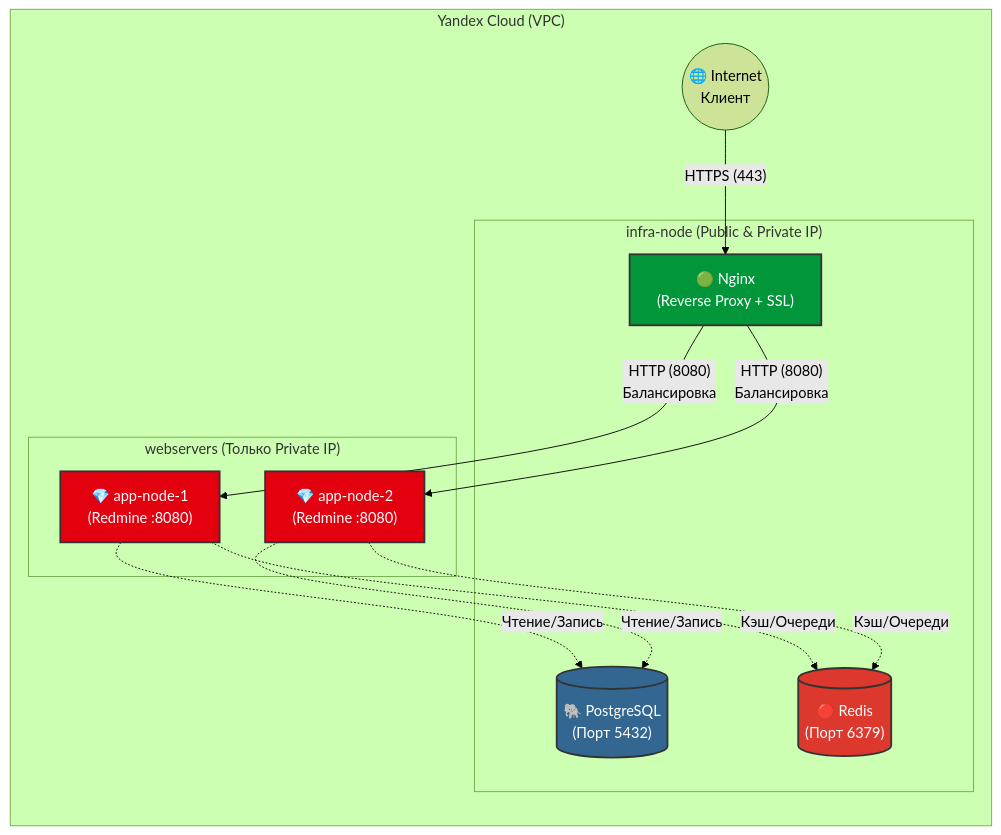
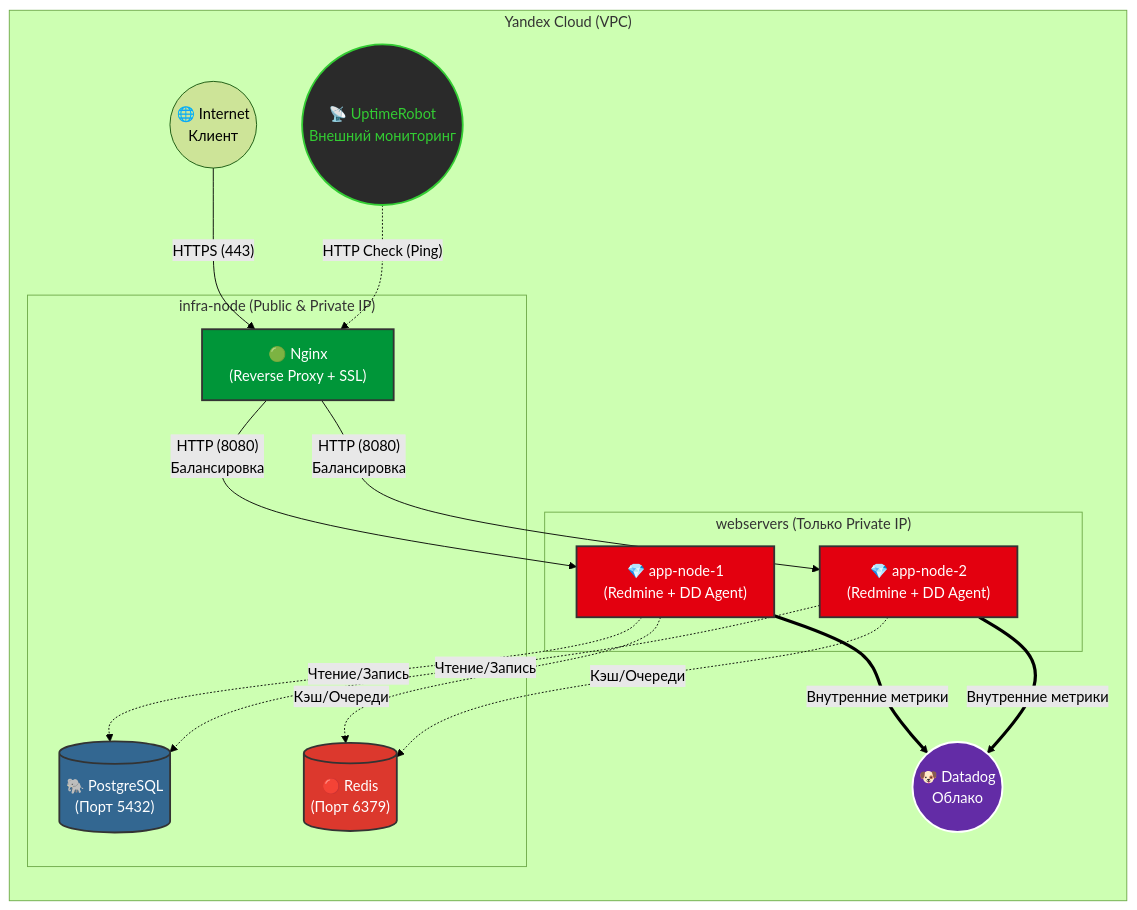
One commit to dobro10k2/devops-engineer-from-scratch-project-77 changed the diagram in README.md. Above: the diagram before and after it, drawn with Mermaid (forest theme). The commit also changed other lines of this file, not shown here.

````diff
--- a/README.md
+++ b/README.md
@@ -165,38 +164,46 @@
 ```mermaid
 graph LR
     %% Определение узлов
     Client((🌐 Internet<br>Клиент))
+    Upmon((📡 UptimeRobot<br>Внешний мониторинг))
+    DD((🐶 Datadog<br>Облако))
 
     subgraph "Yandex Cloud (VPC)"
 
         subgraph "infra-node (Public & Private IP)"
             Nginx["🟢 Nginx<br>(Reverse Proxy + SSL)"]
             DB[("🐘 PostgreSQL<br>(Порт 5432)")]
             Cache[("🔴 Redis<br>(Порт 6379)")]
         end
 
         subgraph "webservers (Только Private IP)"
-            App1["💎 app-node-1<br>(Redmine :8080)"]
-            App2["💎 app-node-2<br>(Redmine :8080)"]
+            App1["💎 app-node-1<br>(Redmine + DD Agent)"]
+            App2["💎 app-node-2<br>(Redmine + DD Agent)"]
         end
 
         %% Связи (Трафик)
         Client -- "HTTPS (443)" --> Nginx
+        Upmon -. "HTTP Check (Ping)" .-> Nginx
 
         Nginx -- "HTTP (8080)<br>Балансировка" --> App1
         Nginx -- "HTTP (8080)<br>Балансировка" --> App2
 
         App1 -. "Чтение/Запись" .-> DB
         App2 -. "Чтение/Запись" .-> DB
 
         App1 -. "Кэш/Очереди" .-> Cache
         App2 -. "Кэш/Очереди" .-> Cache
+
+        App1 == "Внутренние метрики" ==> DD
+        App2 == "Внутренние метрики" ==> DD
     end
 
     %% Стилизация цветов
     style Nginx fill:#009639,color:#fff,stroke:#333,stroke-width:2px
     style DB fill:#336791,color:#fff,stroke:#333,stroke-width:2px
     style Cache fill:#dc382d,color:#fff,stroke:#333,stroke-width:2px
     style App1 fill:#e3000f,color:#fff,stroke:#333,stroke-width:2px
     style App2 fill:#e3000f,color:#fff,stroke:#333,stroke-width:2px
+    style Upmon fill:#2a2a2a,color:#33cc33,stroke:#33cc33,stroke-width:2px
+    style DD fill:#632ca6,color:#fff,stroke:#fff,stroke-width:2px
 ```
````
